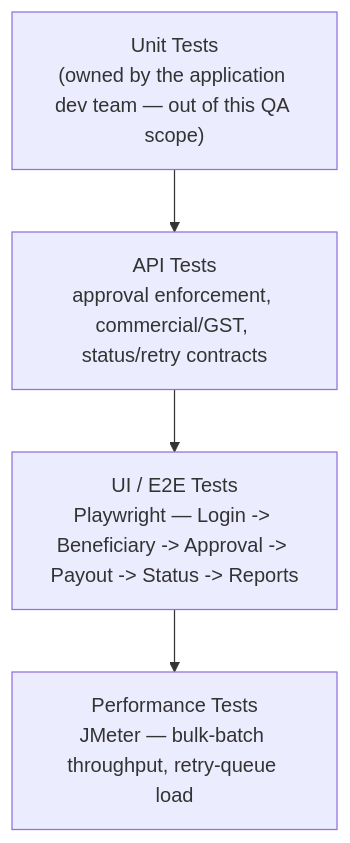
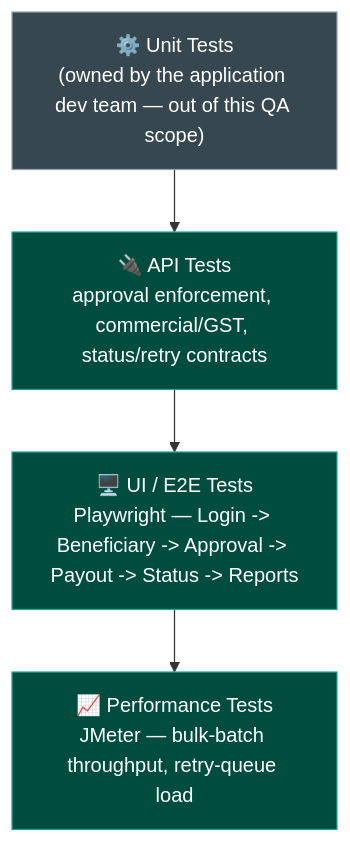
One commit to ghanendra-sdet/fintech-payout-engine changed the first of 2 diagrams in docs/tech-and-skills.md. Above: the diagram before and after it, drawn with Mermaid. The commit also changed other lines of this file, not shown here.

Commit message:
docs: enhance pipeline diagrams and correct test case count

````diff
--- a/docs/tech-and-skills.md
+++ b/docs/tech-and-skills.md
@@ -41,8 +40,13 @@
 ```mermaid
 flowchart TD
-    UNIT["Unit Tests<br/>(owned by the application dev team — out of this QA scope)"]
-    API["API Tests<br/>approval enforcement, commercial/GST, status/retry contracts"]
-    UI["UI / E2E Tests<br/>Playwright — Login -> Beneficiary -> Approval -> Payout -> Status -> Reports"]
-    PERF["Performance Tests<br/>JMeter — bulk-batch throughput, retry-queue load"]
+    UNIT["⚙️ Unit Tests<br/>(owned by the application dev team — out of this QA scope)"]
+    API["🔌 API Tests<br/>approval enforcement, commercial/GST, status/retry contracts"]
+    UI["🖥️ UI / E2E Tests<br/>Playwright — Login -> Beneficiary -> Approval -> Payout -> Status -> Reports"]
+    PERF["📈 Performance Tests<br/>JMeter — bulk-batch throughput, retry-queue load"]
     UNIT --> API --> UI --> PERF
+
+    classDef service fill:#004d40,stroke:#26a69a,color:#fff
+    classDef neutral fill:#37474f,stroke:#90a4ae,color:#fff
+    class UNIT neutral
+    class API,UI,PERF service
 ```
````
